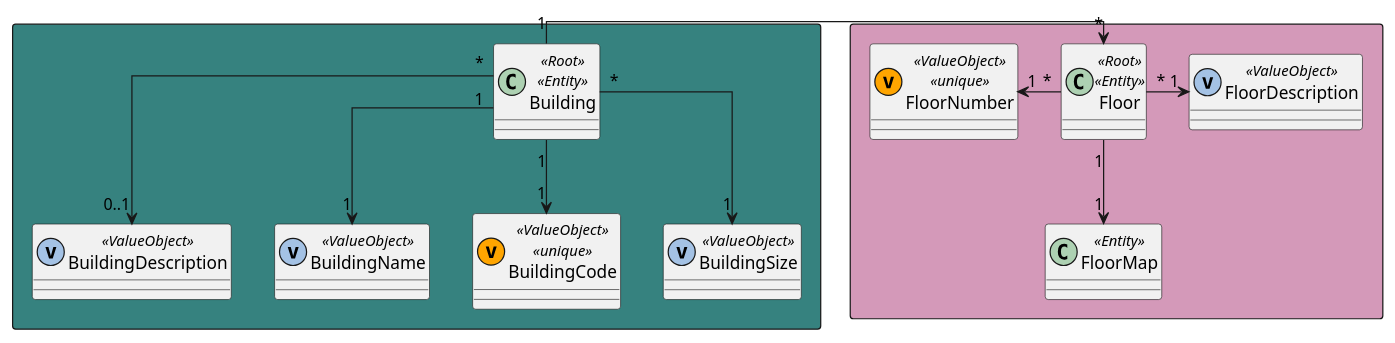
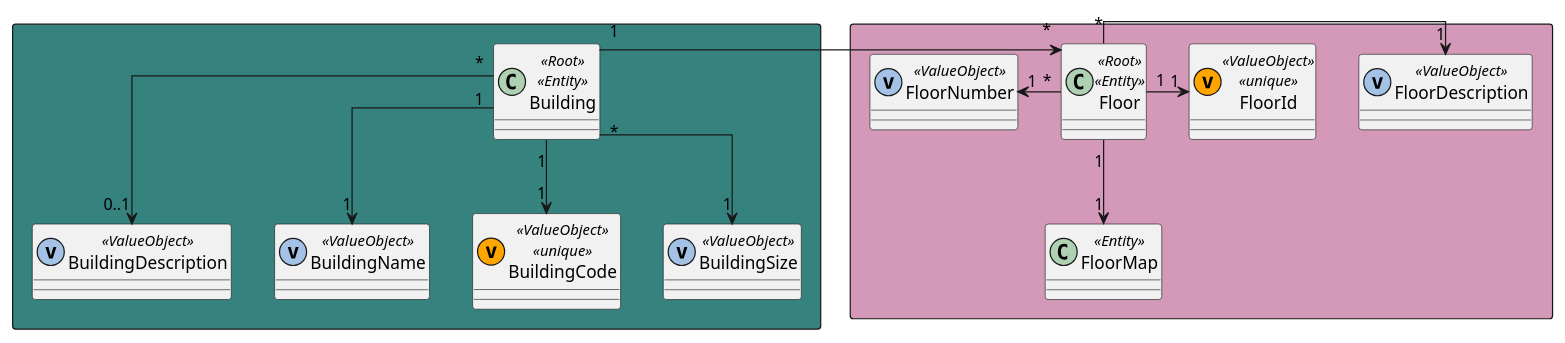
One commit to Pedro-Pereira1/sem5pi_23_24_g056 changed the diagram in docs/US_190/Diagrams/DomainModelExcerpt.puml. Above: the diagram before and after it, drawn with PlantUML. The commit also changed 3 other files, not shown here.

```diff
--- a/docs/US_190/Diagrams/DomainModelExcerpt.puml
+++ b/docs/US_190/Diagrams/DomainModelExcerpt.puml
@@ -1,34 +1,35 @@
 @startuml
 
 skinparam linetype ortho
 
 
 rectangle #36827F{
 class Building  << Root >> << Entity >>
 class BuildingDescription  << (v,#A4C2E5) ValueObject >>
 class BuildingName  << (v,#A4C2E5) ValueObject >>
 class BuildingCode  << (v,orange) ValueObject >> << unique >>
 class BuildingSize  << (v,#A4C2E5) ValueObject >>
 }
 
 rectangle #D499B9{
 class Floor  << Root >> << Entity >>
-class FloorNumber  << (v,orange) ValueObject >> << unique >>
+class FloorId  << (v,orange) ValueObject >> << unique >>
 class FloorDescription  << (v,#A4C2E5) ValueObject >>
 class FloorMap  << Entity >>
-
+class FloorNumber << (v,#A4C2E5) ValueObject >>
 }
 
 Building "1"->"*" Floor
 Building "*"-->"0..1" BuildingDescription
 Building "1"-->"1" BuildingName
 Building "*"-->"1" BuildingSize
 Building "1"-->"1" BuildingCode
 
 
 Floor "1"-d->"1" FloorMap
 Floor "*"-u>"1" FloorNumber
 Floor "*"->"1" FloorDescription
+Floor "1" -> "1" FloorId
 
 
 @enduml
```
